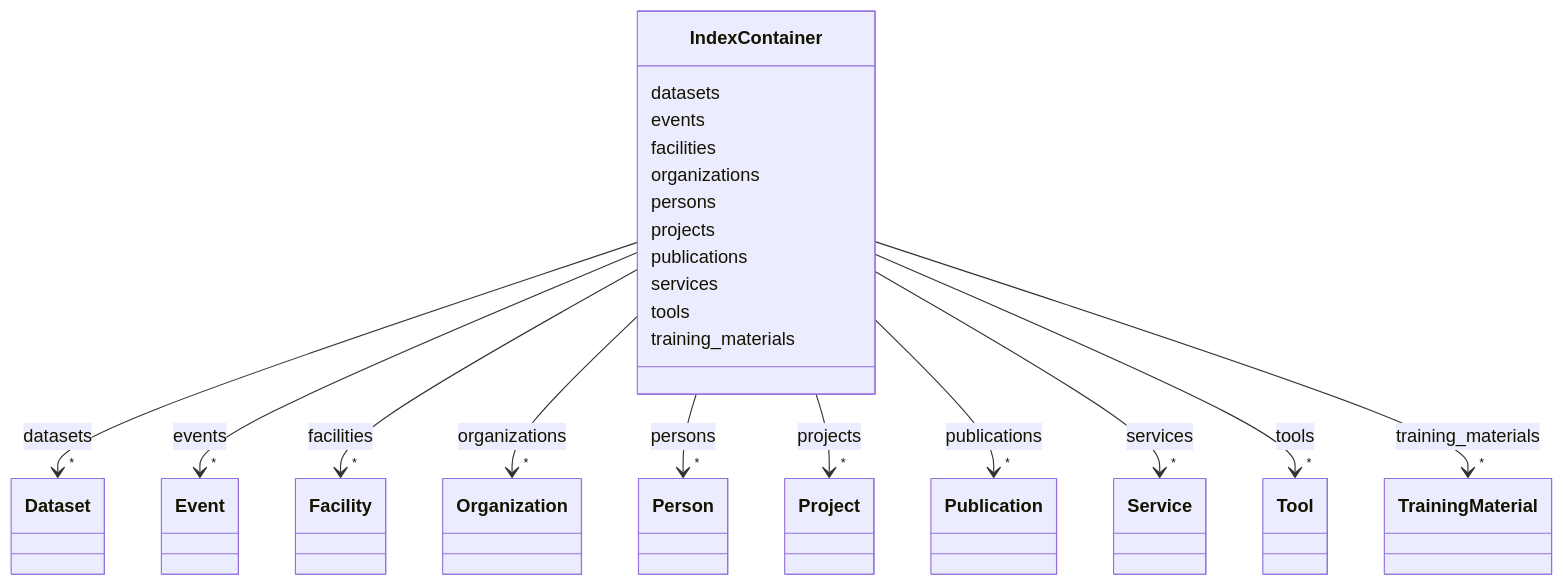
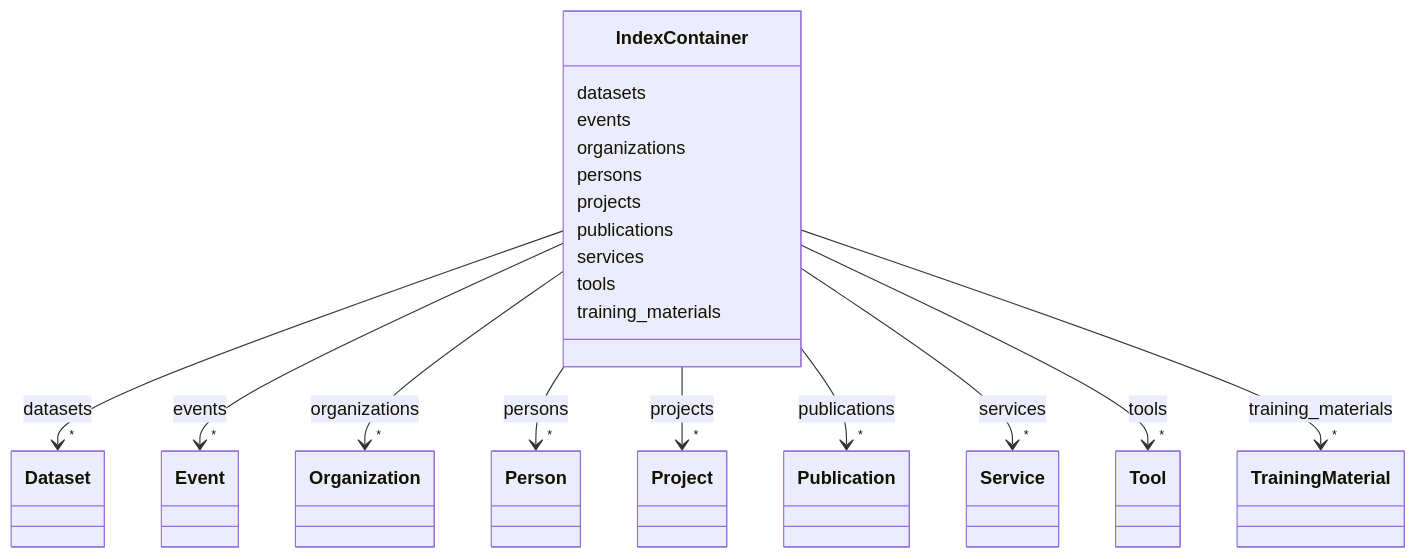
The diagram in docs/classes/IndexContainer.md (DARIAH-IL/idhi-manifests), drawn with Mermaid before and after one commit. The commit also changed other lines of this file and 60 other files, not shown here.

```diff
--- a/docs/classes/IndexContainer.md
+++ b/docs/classes/IndexContainer.md
@@ -48,19 +48,6 @@
         IndexContainer --> "*" Event : events
         
         click Event href "../../classes/Event/"
-        
-    
-
-        
-      IndexContainer : facilities
-        
-          
-    
-        
-        
-        IndexContainer --> "*" Facility : facilities
-        
-        click Facility href "../../classes/Facility/"
         
     
 
```
